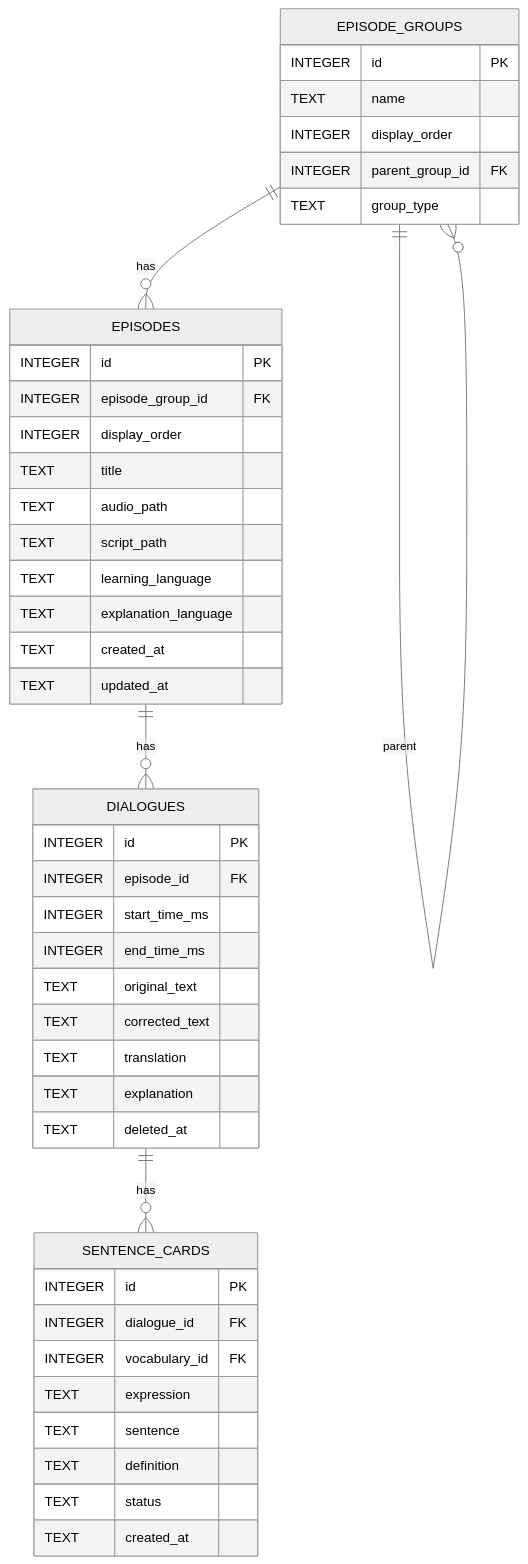
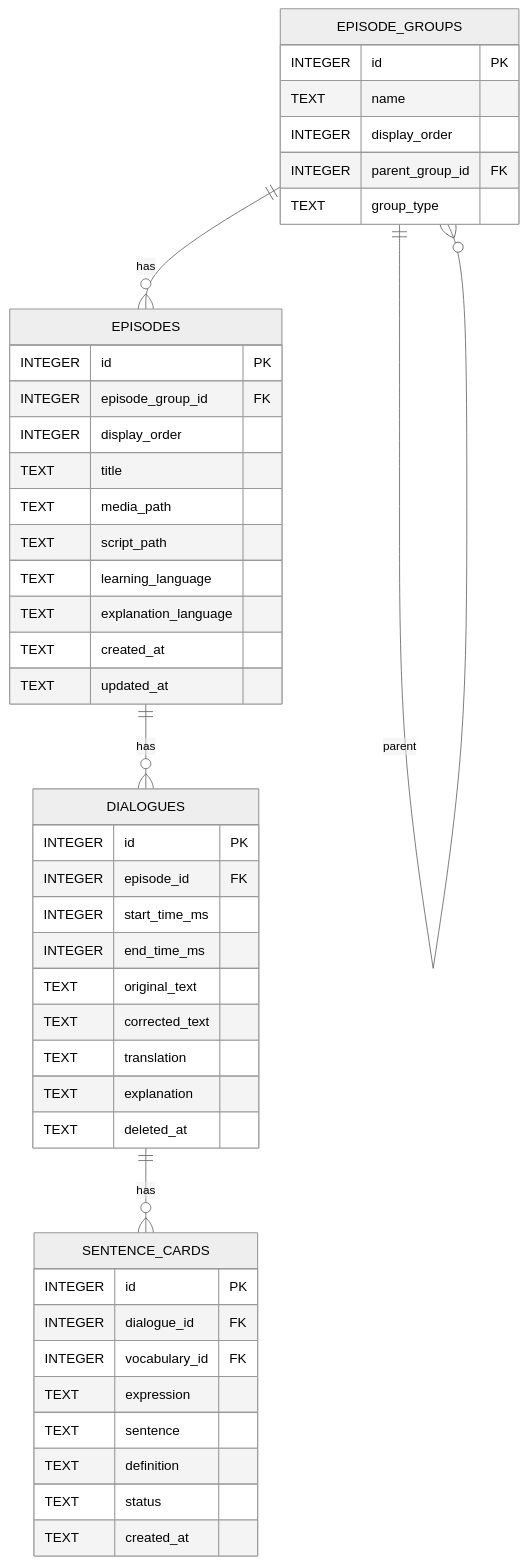
One commit to k5n/kotonoha changed the second of 2 diagrams in doc/technical_specifications.md. Above: the diagram before and after it, drawn with Mermaid (neutral theme). The commit also changed other lines of this file and 13 other files, not shown here.

Commit message:
refactor: rename audio_path to media_path across the codebase

````diff
--- a/doc/technical_specifications.md
+++ b/doc/technical_specifications.md
@@ -159,48 +159,48 @@
 ```mermaid
 erDiagram
     EPISODE_GROUPS {
         INTEGER id PK
         TEXT name
         INTEGER display_order
         INTEGER parent_group_id FK
         TEXT group_type
     }
     EPISODES {
         INTEGER id PK
         INTEGER episode_group_id FK
         INTEGER display_order
         TEXT title
-        TEXT audio_path
+        TEXT media_path
         TEXT script_path
         TEXT learning_language
         TEXT explanation_language
         TEXT created_at
         TEXT updated_at
     }
     DIALOGUES {
         INTEGER id PK
         INTEGER episode_id FK
         INTEGER start_time_ms
         INTEGER end_time_ms
         TEXT original_text
         TEXT corrected_text
         TEXT translation
         TEXT explanation
         TEXT deleted_at
     }
     SENTENCE_CARDS {
         INTEGER id PK
         INTEGER dialogue_id FK
         INTEGER vocabulary_id FK
         TEXT expression
         TEXT sentence
         TEXT definition
         TEXT status
         TEXT created_at
     }
 
     EPISODE_GROUPS ||--o{ EPISODE_GROUPS : "parent"
     EPISODE_GROUPS ||--o{ EPISODES : "has"
     EPISODES ||--o{ DIALOGUES : "has"
     DIALOGUES ||--o{ SENTENCE_CARDS : "has"
 ```
````
